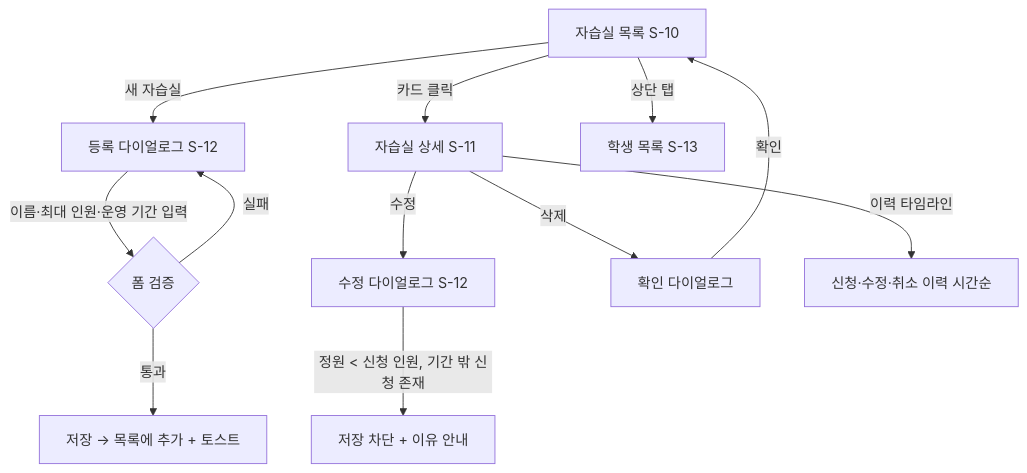
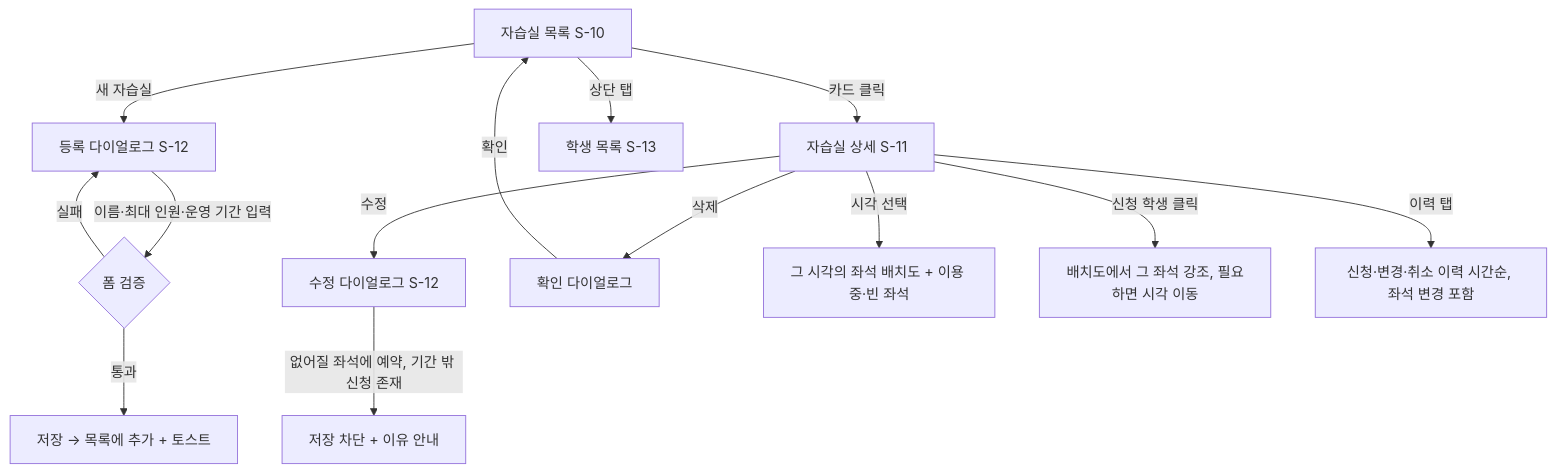
One commit to JungMINI-developer/hiconsy-task changed the second of 4 diagrams in apps/web/docs/user-flows.md. Above: the diagram before and after it, drawn with Mermaid. The commit also changed other lines of this file and 8 other files, not shown here.

````diff
--- a/apps/web/docs/user-flows.md
+++ b/apps/web/docs/user-flows.md
@@ -30,13 +30,15 @@
 ```mermaid
 flowchart TD
   L[자습실 목록 S-10] -->|새 자습실| F[등록 다이얼로그 S-12]
   F -->|이름·최대 인원·운영 기간 입력| V{폼 검증}
   V -->|실패| F
   V -->|통과| R[저장 → 목록에 추가 + 토스트]
   L -->|카드 클릭| D[자습실 상세 S-11]
   D -->|수정| E[수정 다이얼로그 S-12]
-  E -->|정원 < 신청 인원, 기간 밖 신청 존재| W[저장 차단 + 이유 안내]
+  E -->|없어질 좌석에 예약, 기간 밖 신청 존재| W[저장 차단 + 이유 안내]
   D -->|삭제| X[확인 다이얼로그] -->|확인| L
-  D -->|이력 타임라인| H[신청·수정·취소 이력 시간순]
+  D -->|시각 선택| SM[그 시각의 좌석 배치도 + 이용 중·빈 좌석]
+  D -->|신청 학생 클릭| HL[배치도에서 그 좌석 강조, 필요하면 시각 이동]
+  D -->|이력 탭| H[신청·변경·취소 이력 시간순, 좌석 변경 포함]
   L -->|상단 탭| ST[학생 목록 S-13]
 ```
````
